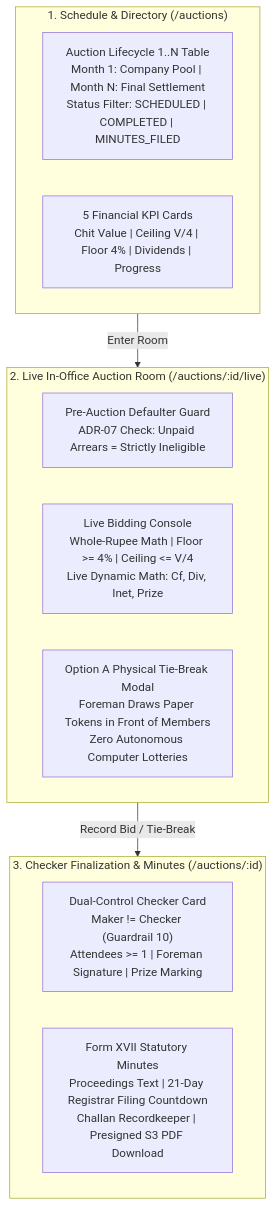
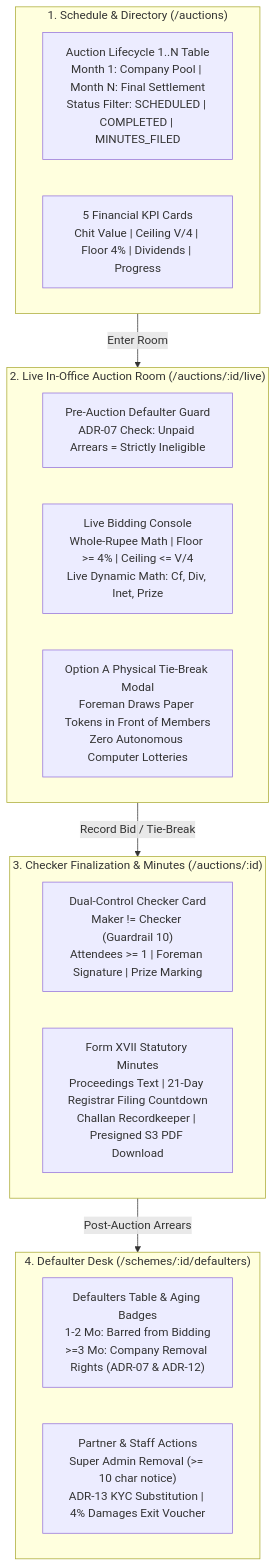
The diagram in docs/web/auctions-console.md (Kathir-24/Kumaran-finance), drawn with Mermaid before and after one commit. The commit also changed other lines of this file and 1 other file, not shown here.

First line of the commit message:
docs(web): expand Phase 6 architecture ledger to cover all Tasks 6.1-6.4 with proofs

````diff
--- a/docs/web/auctions-console.md
+++ b/docs/web/auctions-console.md
@@ -16,21 +16,27 @@
 ```mermaid
 flowchart TD
     subgraph Schedule["1. Schedule & Directory (/auctions)"]
         Dir["Auction Lifecycle 1..N Table\nMonth 1: Company Pool | Month N: Final Settlement\nStatus Filter: SCHEDULED | COMPLETED | MINUTES_FILED"]
         KPI["5 Financial KPI Cards\nChit Value | Ceiling V/4 | Floor 4% | Dividends | Progress"]
     end
 
     subgraph Live["2. Live In-Office Auction Room (/auctions/:id/live)"]
         Roster["Pre-Auction Defaulter Guard\nADR-07 Check: Unpaid Arrears = Strictly Ineligible"]
         Console["Live Bidding Console\nWhole-Rupee Math | Floor >= 4% | Ceiling <= V/4\nLive Dynamic Math: Cf, Div, Inet, Prize"]
         Tie["Option A Physical Tie-Break Modal\nForeman Draws Paper Tokens in Front of Members\nZero Autonomous Computer Lotteries"]
     end
 
     subgraph Finalize["3. Checker Finalization & Minutes (/auctions/:id)"]
         Dual["Dual-Control Checker Card\nMaker != Checker (Guardrail 10)\nAttendees >= 1 | Foreman Signature | Prize Marking"]
         Minutes["Form XVII Statutory Minutes\nProceedings Text | 21-Day Registrar Filing Countdown\nChallan Recordkeeper | Presigned S3 PDF Download"]
     end
 
+    subgraph Defaulters["4. Defaulter Desk (/schemes/:id/defaulters)"]
+        DTable["Defaulters Table & Aging Badges\n1-2 Mo: Barred from Bidding\n>=3 Mo: Company Removal Rights (ADR-07 & ADR-12)"]
+        Actions["Partner & Staff Actions\nSuper Admin Removal (>= 10 char notice)\nADR-13 KYC Substitution | 4% Damages Exit Voucher"]
+    end
+
     Schedule -->|Enter Room| Live
     Live -->|Record Bid / Tie-Break| Finalize
+    Finalize -->|Post-Auction Arrears| Defaulters
 ```
````
